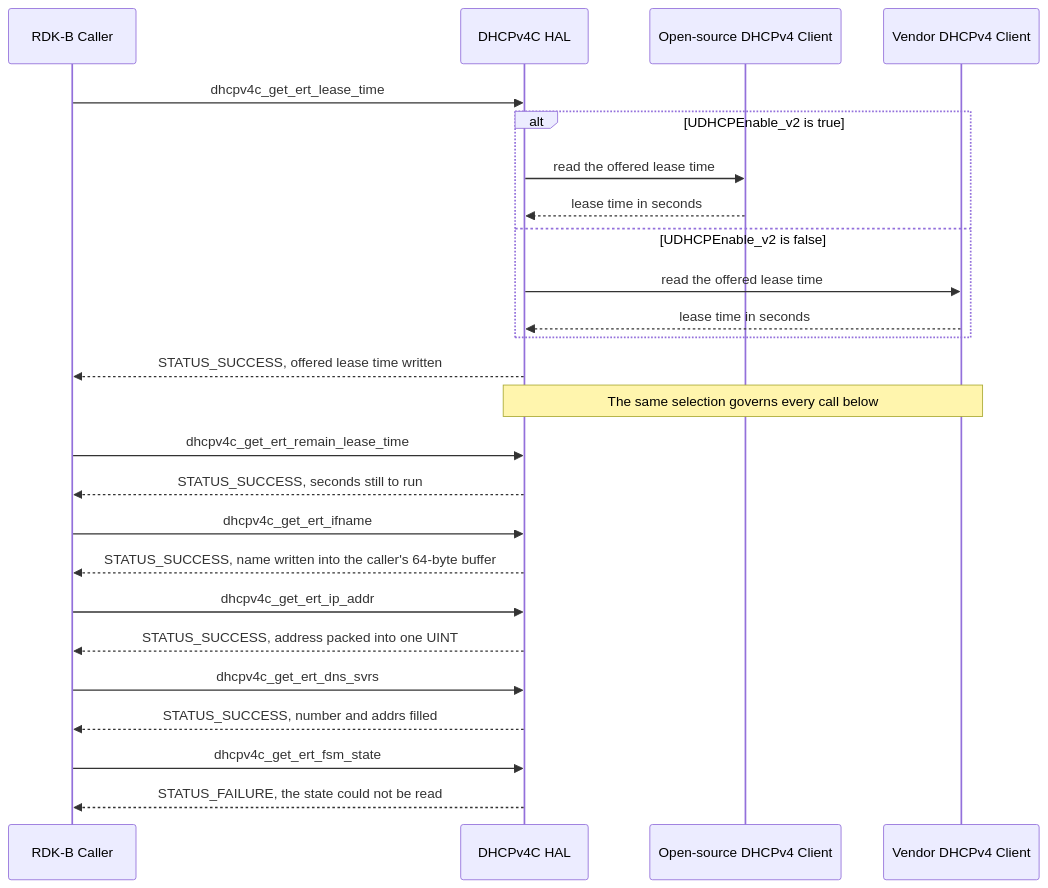
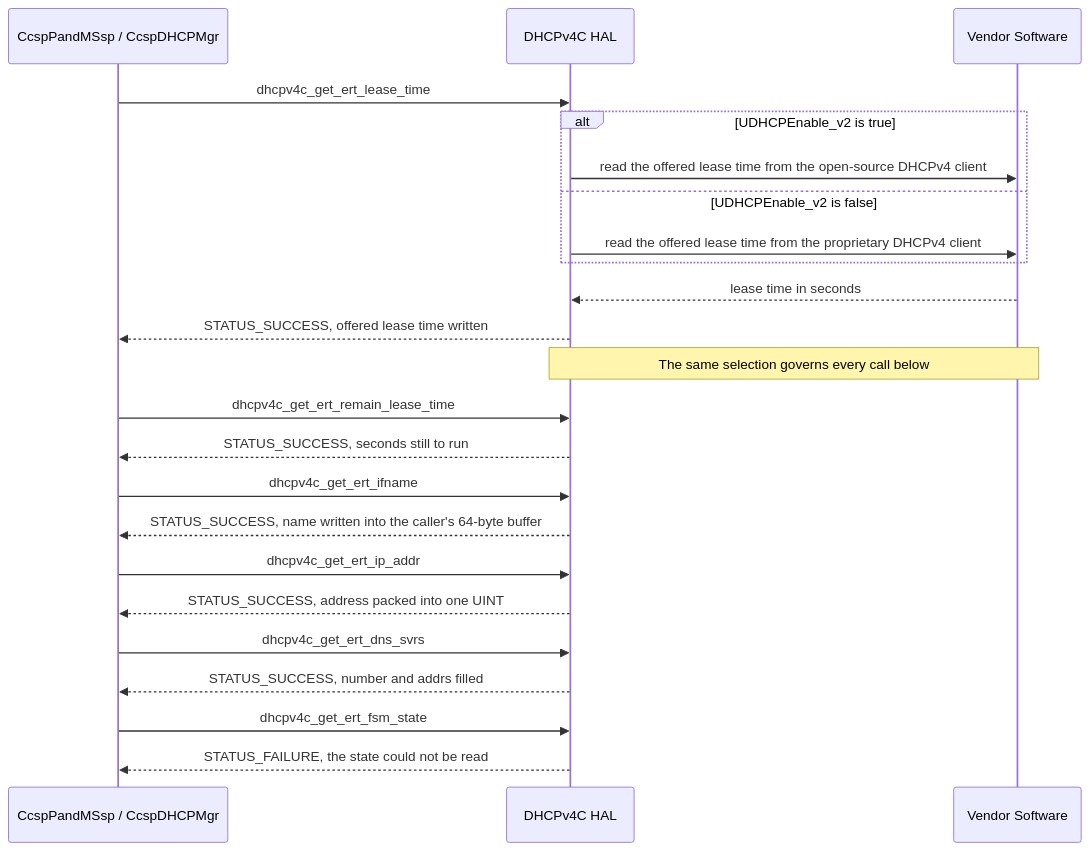
One commit to Blitzy-Sky/rdkb-halif-dhcp changed the second of 2 diagrams in docs/pages/halSpec.md. Above: the diagram before and after it, drawn with Mermaid. The commit also changed other lines of this file, not shown here.

First line of the commit message:
docs: simplify the DHCPv4C_HAL specification

````diff
--- a/docs/pages/halSpec.md
+++ b/docs/pages/halSpec.md
@@ -827,27 +494,25 @@
 ```mermaid
 sequenceDiagram
-    participant Caller as RDK-B Caller
+    participant Caller as CcspPandMSsp / CcspDHCPMgr
     participant HAL as DHCPv4C HAL
-    participant OSS as Open-source DHCPv4 Client
-    participant Vendor as Vendor DHCPv4 Client
+    participant Vendor as Vendor Software
     Caller->>HAL: dhcpv4c_get_ert_lease_time
     alt UDHCPEnable_v2 is true
-        HAL->>OSS: read the offered lease time
-        OSS-->>HAL: lease time in seconds
+        HAL->>Vendor: read the offered lease time from the open-source DHCPv4 client
     else UDHCPEnable_v2 is false
-        HAL->>Vendor: read the offered lease time
-        Vendor-->>HAL: lease time in seconds
+        HAL->>Vendor: read the offered lease time from the proprietary DHCPv4 client
     end
+    Vendor-->>HAL: lease time in seconds
     HAL-->>Caller: STATUS_SUCCESS, offered lease time written
     Note over HAL,Vendor: The same selection governs every call below
     Caller->>HAL: dhcpv4c_get_ert_remain_lease_time
     HAL-->>Caller: STATUS_SUCCESS, seconds still to run
     Caller->>HAL: dhcpv4c_get_ert_ifname
     HAL-->>Caller: STATUS_SUCCESS, name written into the caller's 64-byte buffer
     Caller->>HAL: dhcpv4c_get_ert_ip_addr
     HAL-->>Caller: STATUS_SUCCESS, address packed into one UINT
     Caller->>HAL: dhcpv4c_get_ert_dns_svrs
     HAL-->>Caller: STATUS_SUCCESS, number and addrs filled
     Caller->>HAL: dhcpv4c_get_ert_fsm_state
     HAL-->>Caller: STATUS_FAILURE, the state could not be read
 ```
````
